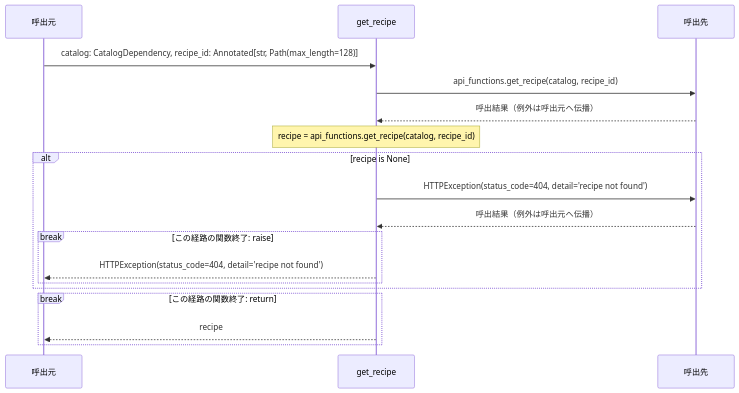
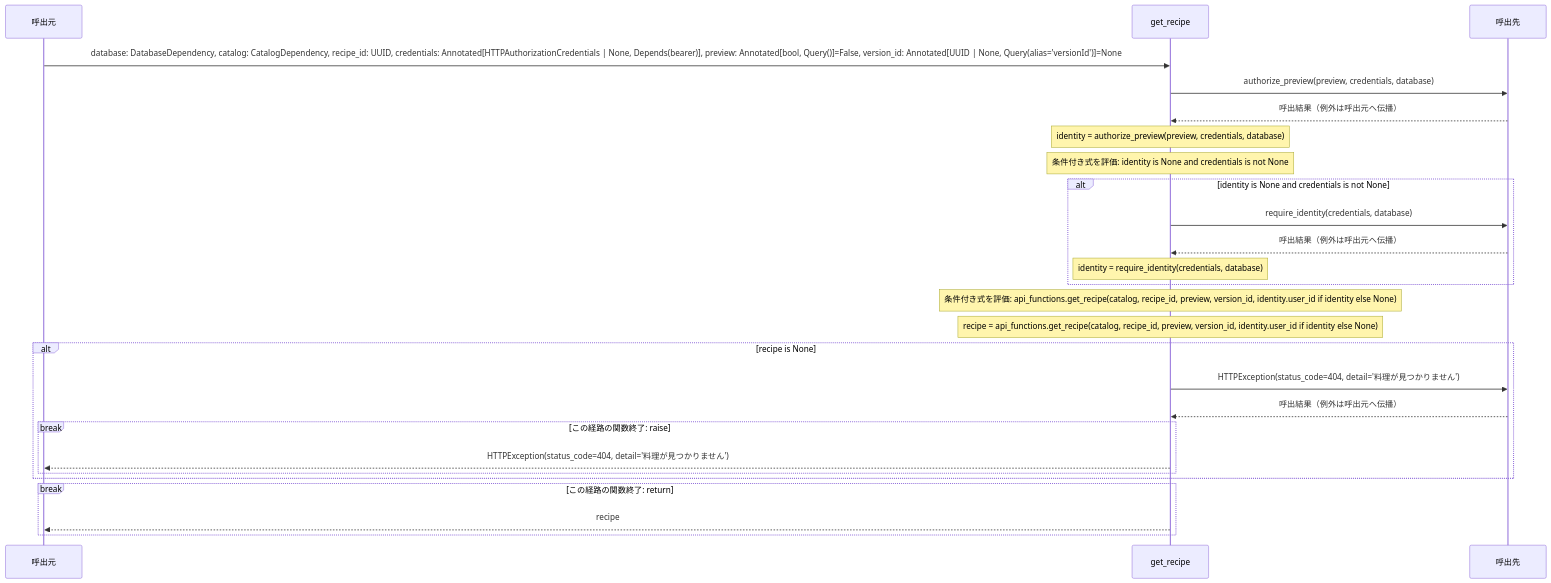
Before and after one commit to tsuji-tomonori/RecipeWeave: the first of 3 diagrams in docs/design/generated/api/operations/get_recipe/sequence.md, drawn with Mermaid. The commit also changed other lines of this file and 2755 other files, not shown here.

````diff
--- a/docs/design/generated/api/operations/get_recipe/sequence.md
+++ b/docs/design/generated/api/operations/get_recipe/sequence.md
@@ -11,20 +13,28 @@
 ```mermaid
 sequenceDiagram
     participant Caller as 呼出元
     participant Function as get_recipe
     participant Callee as 呼出先
-    Caller->>Function: catalog: CatalogDependency, recipe_id: Annotated[str, Path(max_length=128)]
-    Function->>Callee: api_functions.get_recipe(catalog, recipe_id)
+    Caller->>Function: database: DatabaseDependency, catalog: CatalogDependency, recipe_id: UUID, credentials: Annotated[HTTPAuthorizationCredentials | None, Depends(bearer)], preview: Annotated[bool, Query()]=False, version_id: Annotated[UUID | None, Query(alias=#39;versionId#39;)]=None
+    Function->>Callee: authorize_preview(preview, credentials, database)
     Callee-->>Function: 呼出結果（例外は呼出元へ伝播）
-    Note over Function: recipe = api_functions.get_recipe(catalog, recipe_id)
+    Note over Function: identity = authorize_preview(preview, credentials, database)
+    Note over Function: 条件付き式を評価: identity is None and credentials is not None
+    alt identity is None and credentials is not None
+        Function->>Callee: require_identity(credentials, database)
+        Callee-->>Function: 呼出結果（例外は呼出元へ伝播）
+        Note over Function: identity = require_identity(credentials, database)
+    end
+    Note over Function: 条件付き式を評価: api_functions.get_recipe(catalog, recipe_id, preview, version_id, identity.user_id if identity else None)
+    Note over Function: recipe = api_functions.get_recipe(catalog, recipe_id, preview, version_id, identity.user_id if identity else None)
     alt recipe is None
-        Function->>Callee: HTTPException(status_code=404, detail=#39;recipe not found#39;)
+        Function->>Callee: HTTPException(status_code=404, detail=#39;料理が見つかりません#39;)
         Callee-->>Function: 呼出結果（例外は呼出元へ伝播）
         break この経路の関数終了: raise
-            Function-->>Caller: HTTPException(status_code=404, detail=#39;recipe not found#39;)
+            Function-->>Caller: HTTPException(status_code=404, detail=#39;料理が見つかりません#39;)
         end
     end
     break この経路の関数終了: return
         Function-->>Caller: recipe
     end
 ```
````
